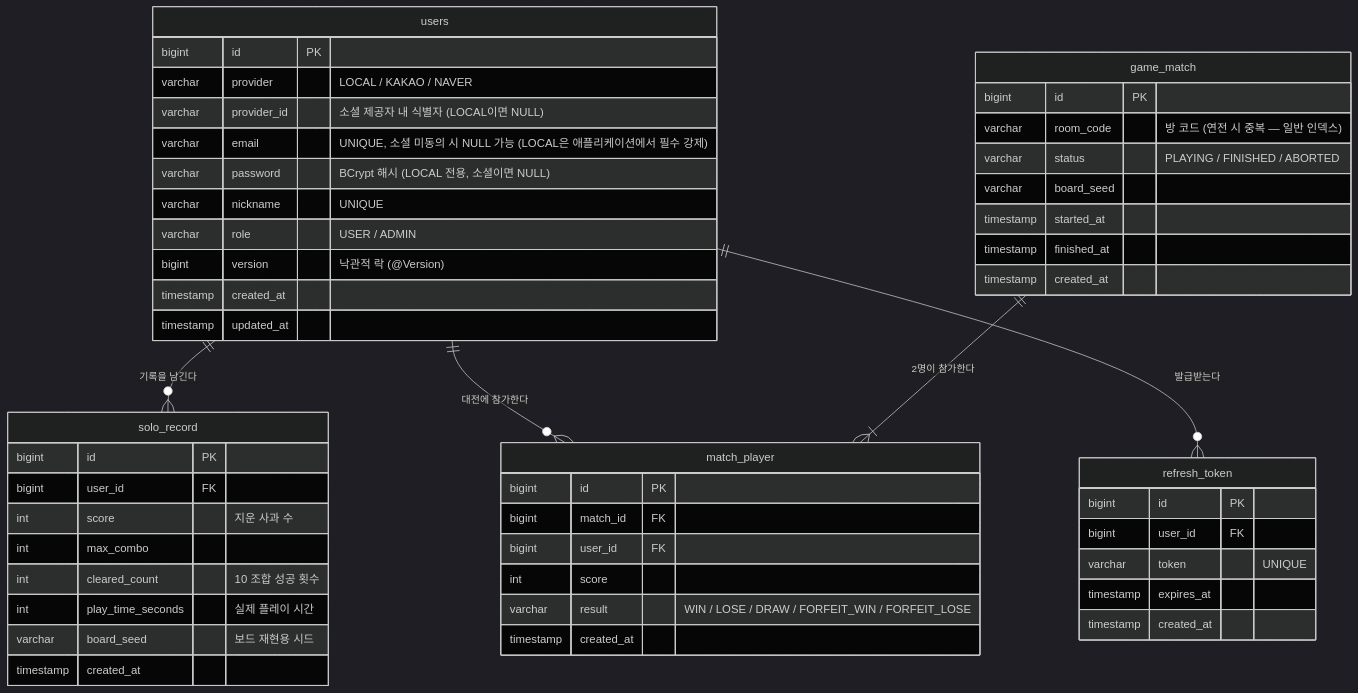
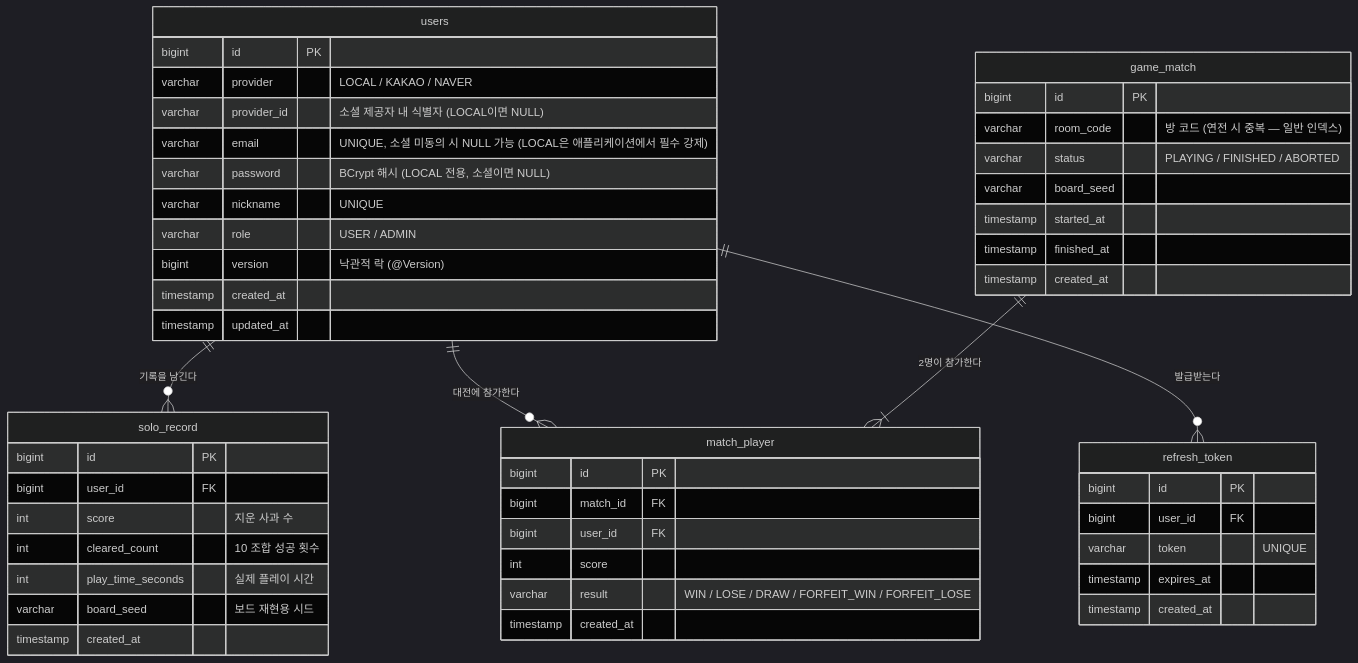
The diagram in docs/ERD.md (weeast1521/MyAppleGame), drawn with Mermaid (dark theme) before and after one commit. The commit also changed 6 other files, not shown here.

Commit message:
refactor: max_combo 기능 제거로 설계 변경

````diff
--- a/docs/ERD.md
+++ b/docs/ERD.md
@@ -13,59 +13,58 @@
 ```mermaid
 erDiagram
     users ||--o{ solo_record : "기록을 남긴다"
     users ||--o{ match_player : "대전에 참가한다"
     game_match ||--|{ match_player : "2명이 참가한다"
 
     users {
         bigint id PK
         varchar provider "LOCAL / KAKAO / NAVER"
         varchar provider_id "소셜 제공자 내 식별자 (LOCAL이면 NULL)"
         varchar email "UNIQUE, 소셜 미동의 시 NULL 가능 (LOCAL은 애플리케이션에서 필수 강제)"
         varchar password "BCrypt 해시 (LOCAL 전용, 소셜이면 NULL)"
         varchar nickname "UNIQUE"
         varchar role "USER / ADMIN"
         bigint version "낙관적 락 (@Version)"
         timestamp created_at
         timestamp updated_at
     }
 
     refresh_token {
         bigint id PK
         bigint user_id FK
         varchar token "UNIQUE"
         timestamp expires_at
         timestamp created_at
     }
 
     users ||--o{ refresh_token : "발급받는다"
 
     solo_record {
         bigint id PK
         bigint user_id FK
         int score "지운 사과 수"
-        int max_combo
         int cleared_count "10 조합 성공 횟수"
         int play_time_seconds "실제 플레이 시간"
         varchar board_seed "보드 재현용 시드"
         timestamp created_at
     }
 
     game_match {
         bigint id PK
         varchar room_code "방 코드 (연전 시 중복 — 일반 인덱스)"
         varchar status "PLAYING / FINISHED / ABORTED"
         varchar board_seed
         timestamp started_at
         timestamp finished_at
         timestamp created_at
     }
 
     match_player {
         bigint id PK
         bigint match_id FK
         bigint user_id FK
         int score
         varchar result "WIN / LOSE / DRAW / FORFEIT_WIN / FORFEIT_LOSE"
         timestamp created_at
     }
 ```
````
